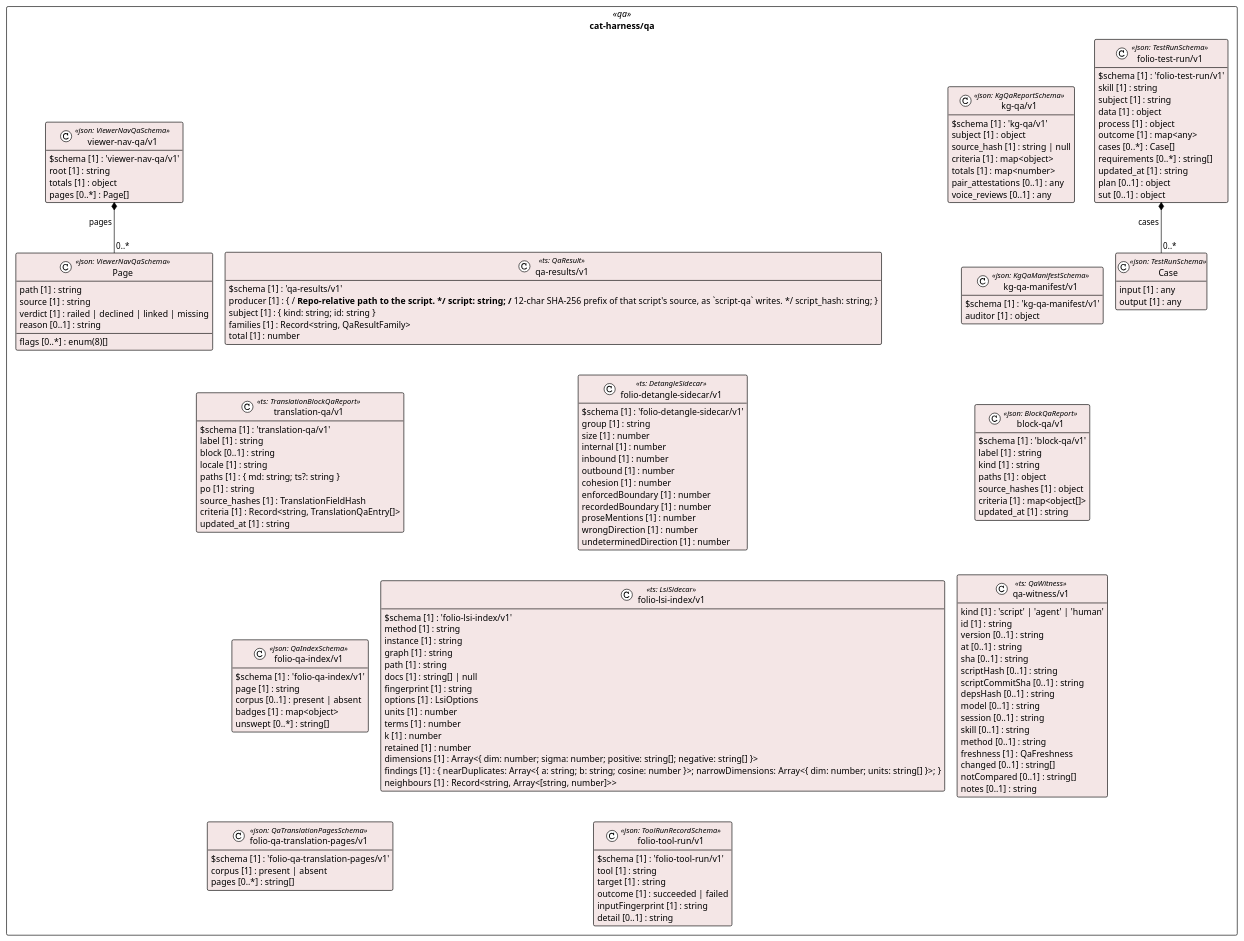
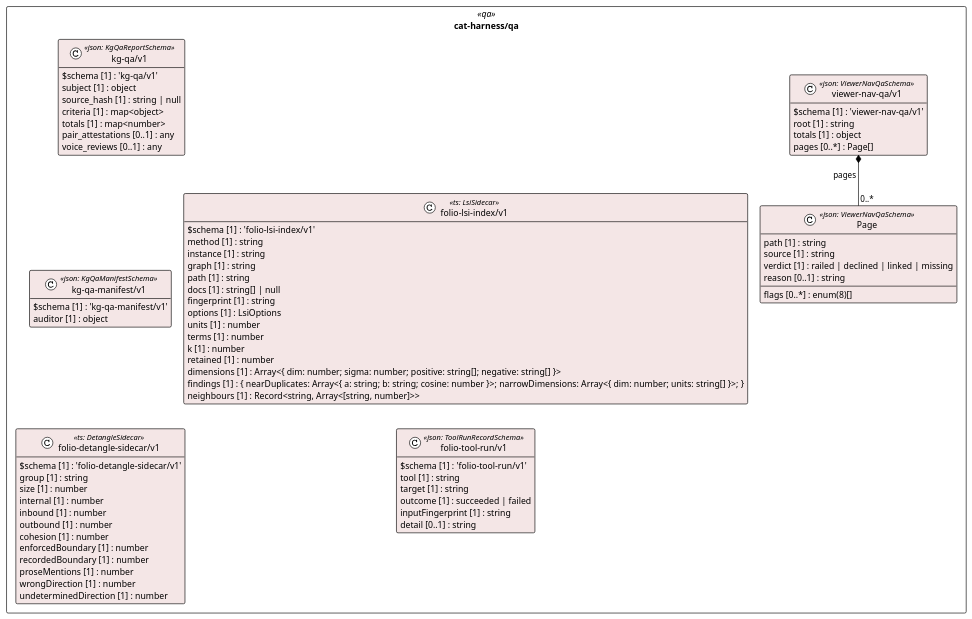
Before and after one commit to litlfred/folio-assistant: the diagram in cat-harness/uml/overview/cat-harness/qa.puml, drawn with PlantUML. The commit also changed 17 other files, not shown here.

First line of the commit message:
Regenerate after merging main (#2080 landed: test/results off main); Bun 1.3.14

```diff
--- a/cat-harness/uml/overview/cat-harness/qa.puml
+++ b/cat-harness/uml/overview/cat-harness/qa.puml
@@ -3,153 +3,78 @@
 @startuml cat_harness_qa
 !pragma layout elk
 !theme plain
 skinparam classAttributeIconSize 0
 skinparam shadowing false
 skinparam packageStyle rectangle
 hide empty methods
 
 package "cat-harness/qa" as pkg_cat_harness_qa <<qa>> {
   class "kg-qa/v1" as cat_harness_qa_kg_qa_v1_kg_qa_v1 <<json: KgQaReportSchema>> #f4e6e6 {
     $schema [1] : 'kg-qa/v1'
     subject [1] : object
     source_hash [1] : string | null
     criteria [1] : map<object>
     totals [1] : map<number>
     pair_attestations [0..1] : any
     voice_reviews [0..1] : any
   }
   class "kg-qa-manifest/v1" as cat_harness_qa_kg_qa_manifest_v1_kg_qa_manifest_v1 <<json: KgQaManifestSchema>> #f4e6e6 {
     $schema [1] : 'kg-qa-manifest/v1'
     auditor [1] : object
-  }
-  class "block-qa/v1" as cat_harness_qa_block_qa_v1_block_qa_v1 <<json: BlockQaReport>> #f4e6e6 {
-    $schema [1] : 'block-qa/v1'
-    label [1] : string
-    kind [1] : string
-    paths [1] : object
-    source_hashes [1] : object
-    criteria [1] : map<object[]>
-    updated_at [1] : string
-  }
-  class "Case" as cat_harness_qa_folio_test_run_v1_Case <<json: TestRunSchema>> #f4e6e6 {
-    input [1] : any
-    output [1] : any
-  }
-  class "folio-test-run/v1" as cat_harness_qa_folio_test_run_v1_folio_test_run_v1 <<json: TestRunSchema>> #f4e6e6 {
-    $schema [1] : 'folio-test-run/v1'
-    skill [1] : string
-    subject [1] : string
-    data [1] : object
-    process [1] : object
-    outcome [1] : map<any>
-    cases [0..*] : Case[]
-    requirements [0..*] : string[]
-    updated_at [1] : string
-    plan [0..1] : object
-    sut [0..1] : object
-  }
-  class "qa-witness/v1" as cat_harness_qa_qa_witness_v1 <<ts: QaWitness>> #f4e6e6 {
-    kind [1] : 'script' | 'agent' | 'human'
-    id [1] : string
-    version [0..1] : string
-    at [0..1] : string
-    sha [0..1] : string
-    scriptHash [0..1] : string
-    scriptCommitSha [0..1] : string
-    depsHash [0..1] : string
-    model [0..1] : string
-    session [0..1] : string
-    skill [0..1] : string
-    method [0..1] : string
-    freshness [1] : QaFreshness
-    changed [0..1] : string[]
-    notCompared [0..1] : string[]
-    notes [0..1] : string
-  }
-  class "qa-results/v1" as cat_harness_qa_qa_results_v1 <<ts: QaResult>> #f4e6e6 {
-    $schema [1] : 'qa-results/v1'
-    producer [1] : { /** Repo-relative path to the script. */ script: string; /** 12-char SHA-256 prefix of that script's source, as `script-qa` writes. */ script_hash: string; }
-    subject [1] : { kind: string; id: string }
-    families [1] : Record<string, QaResultFamily>
-    total [1] : number
-  }
-  class "translation-qa/v1" as cat_harness_qa_translation_qa_v1 <<ts: TranslationBlockQaReport>> #f4e6e6 {
-    $schema [1] : 'translation-qa/v1'
-    label [1] : string
-    block [0..1] : string
-    locale [1] : string
-    paths [1] : { md: string; ts?: string }
-    po [1] : string
-    source_hashes [1] : TranslationFieldHash
-    criteria [1] : Record<string, TranslationQaEntry[]>
-    updated_at [1] : string
-  }
-  class "folio-qa-index/v1" as cat_harness_qa_folio_qa_index_v1_folio_qa_index_v1 <<json: QaIndexSchema>> #f4e6e6 {
-    $schema [1] : 'folio-qa-index/v1'
-    page [1] : string
-    corpus [0..1] : present | absent
-    badges [1] : map<object>
-    unswept [0..*] : string[]
-  }
-  class "folio-qa-translation-pages/v1" as cat_harness_qa_folio_qa_translation_pages_v1_folio_qa_translation_pages_v1 <<json: QaTranslationPagesSchema>> #f4e6e6 {
-    $schema [1] : 'folio-qa-translation-pages/v1'
-    corpus [1] : present | absent
-    pages [0..*] : string[]
   }
   class "folio-detangle-sidecar/v1" as cat_harness_qa_folio_detangle_sidecar_v1 <<ts: DetangleSidecar>> #f4e6e6 {
     $schema [1] : 'folio-detangle-sidecar/v1'
     group [1] : string
     size [1] : number
     internal [1] : number
     inbound [1] : number
     outbound [1] : number
     cohesion [1] : number
     enforcedBoundary [1] : number
     recordedBoundary [1] : number
     proseMentions [1] : number
     wrongDirection [1] : number
     undeterminedDirection [1] : number
   }
   class "folio-lsi-index/v1" as cat_harness_qa_folio_lsi_index_v1 <<ts: LsiSidecar>> #f4e6e6 {
     $schema [1] : 'folio-lsi-index/v1'
     method [1] : string
     instance [1] : string
     graph [1] : string
     path [1] : string
     docs [1] : string[] | null
     fingerprint [1] : string
     options [1] : LsiOptions
     units [1] : number
     terms [1] : number
     k [1] : number
     retained [1] : number
     dimensions [1] : Array<{ dim: number; sigma: number; positive: string[]; negative: string[] }>
     findings [1] : { nearDuplicates: Array<{ a: string; b: string; cosine: number }>; narrowDimensions: Array<{ dim: number; units: string[] }>; }
     neighbours [1] : Record<string, Array<[string, number]>>
   }
   class "folio-tool-run/v1" as cat_harness_qa_folio_tool_run_v1_folio_tool_run_v1 <<json: ToolRunRecordSchema>> #f4e6e6 {
     $schema [1] : 'folio-tool-run/v1'
     tool [1] : string
     target [1] : string
     outcome [1] : succeeded | failed
     inputFingerprint [1] : string
     detail [0..1] : string
   }
   class "Page" as cat_harness_qa_viewer_nav_qa_v1_Page <<json: ViewerNavQaSchema>> #f4e6e6 {
     path [1] : string
     source [1] : string
     verdict [1] : railed | declined | linked | missing
     reason [0..1] : string
     flags [0..*] : enum(8)[]
   }
   class "viewer-nav-qa/v1" as cat_harness_qa_viewer_nav_qa_v1_viewer_nav_qa_v1 <<json: ViewerNavQaSchema>> #f4e6e6 {
     $schema [1] : 'viewer-nav-qa/v1'
     root [1] : string
     totals [1] : object
     pages [0..*] : Page[]
   }
 }
 
-cat_harness_qa_folio_test_run_v1_folio_test_run_v1 *-- "0..*" cat_harness_qa_folio_test_run_v1_Case : cases
 cat_harness_qa_viewer_nav_qa_v1_viewer_nav_qa_v1 *-- "0..*" cat_harness_qa_viewer_nav_qa_v1_Page : pages
 @enduml
```
